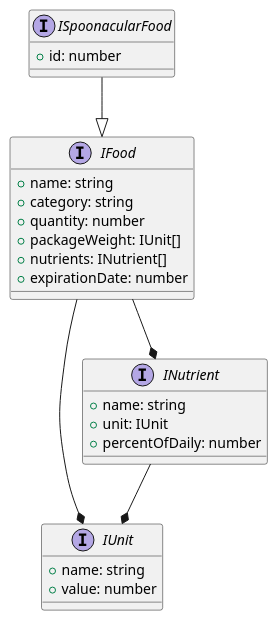
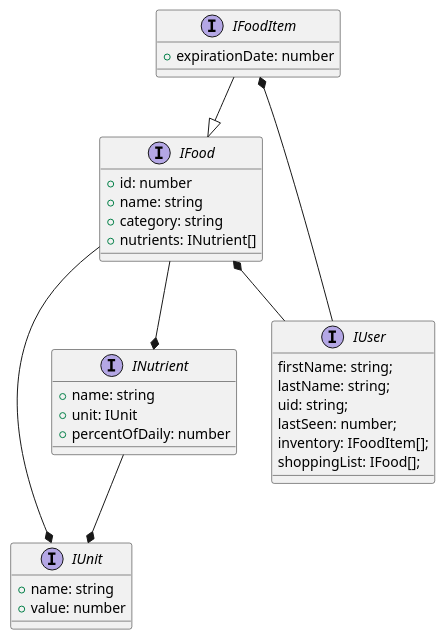
The diagram in server/serverAPI/model/FoodDataModel.puml (COP4331-LargeGroupProject-Fall22/backend), drawn with PlantUML before and after one commit. The commit also changed 21 other files, not shown here.

Commit message:
Add: Food interface for user/food api

```diff
--- a/server/serverAPI/model/FoodDataModel.puml
+++ b/server/serverAPI/model/FoodDataModel.puml
@@ -1,34 +1,43 @@
 @startuml FoodDataModel
 interface IFood {
+    + id: number
     + name: string
     + category: string
-    + quantity: number
-    + packageWeight: IUnit[]
     + nutrients: INutrient[]
+}
+
+interface IFoodItem {
     + expirationDate: number
 }
+
 
 interface IUnit {
     + name: string
     + value: number
 }
 
 interface INutrient {
     + name: string
     + unit: IUnit
     + percentOfDaily: number
 }
 
-interface ISpoonacularFood {
-    + id: number
+interface IUser {
+    firstName: string;
+    lastName: string;
+    uid: string;
+    lastSeen: number;
+    inventory: IFoodItem[];
+    shoppingList: IFood[];
 }
-
-ISpoonacularFood --|> IFood
 
 IFood --* IUnit
 INutrient --* IUnit
 IFood --* INutrient
 
+IFoodItem --|> IFood
 
+IFood *-- IUser
+IFoodItem *-- IUser
 
 @enduml
```
